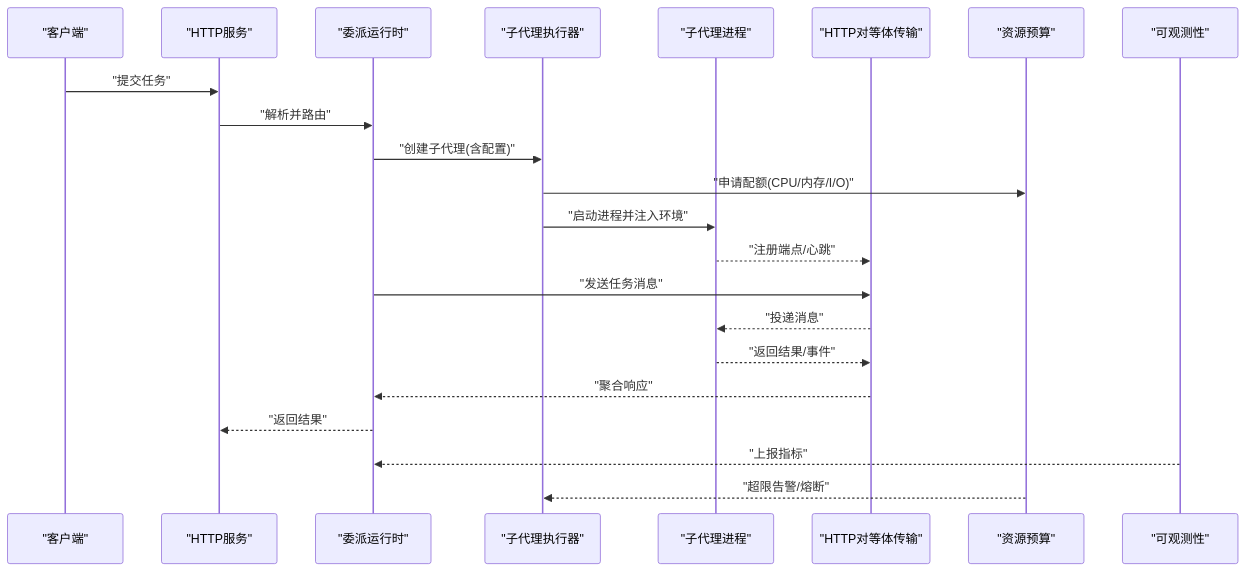
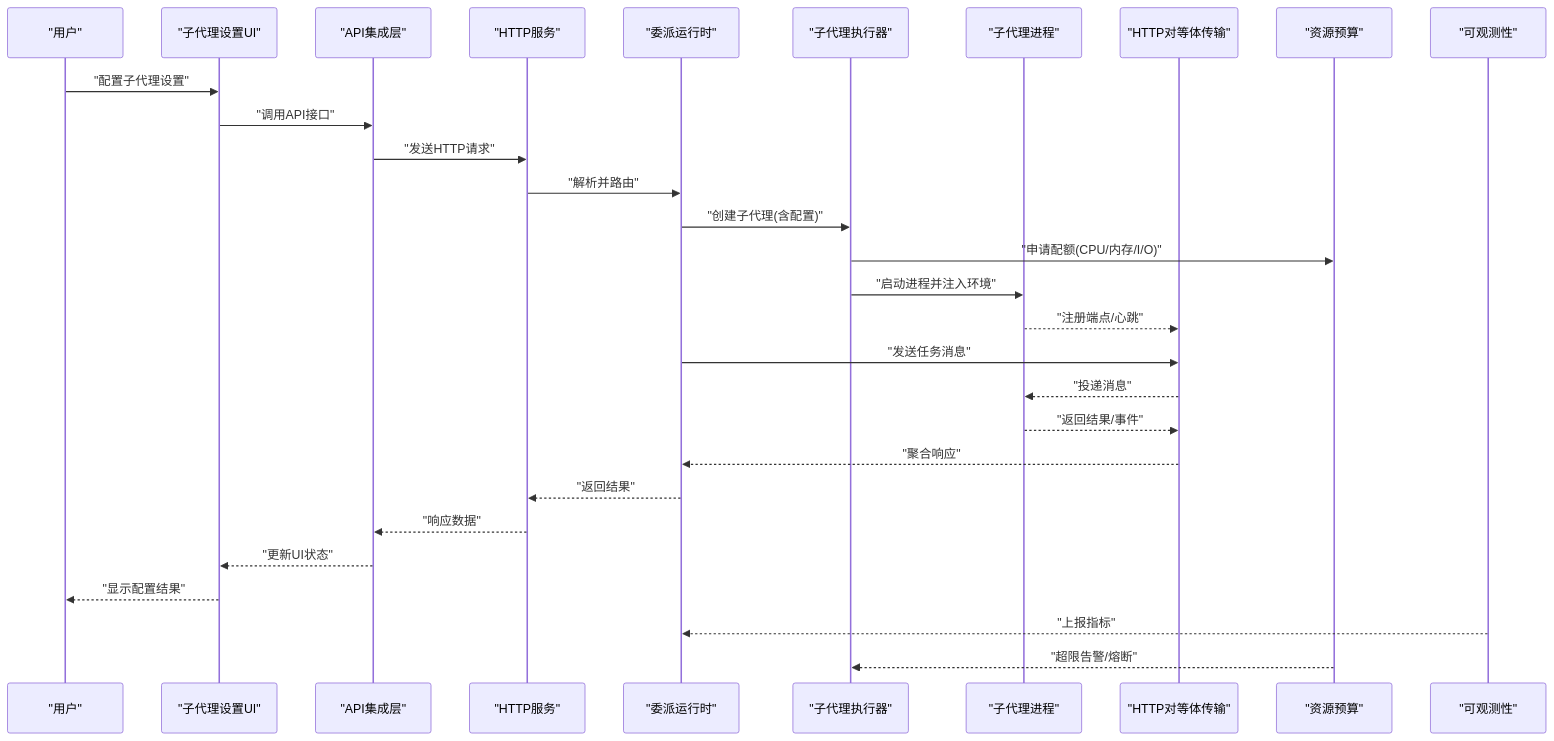
One commit to kkutysllb/KCoder changed the second of 10 diagrams in .qoder/repowiki/zh/content/任务委派/子代理管理.md. Above: the diagram before and after it, drawn with Mermaid. The commit also changed other lines of this file and 127 other files, not shown here.

````diff
--- a/.qoder/repowiki/zh/content/任务委派/子代理管理.md
+++ b/.qoder/repowiki/zh/content/任务委派/子代理管理.md
@@ -144,24 +152,31 @@
 ```mermaid
 sequenceDiagram
-participant Client as "客户端"
+participant User as "用户"
+participant SubAgentsUI as "子代理设置UI"
+participant EngineAPI as "API集成层"
 participant HTTP as "HTTP服务"
 participant Runtime as "委派运行时"
 participant Executor as "子代理执行器"
 participant Child as "子代理进程"
 participant Transport as "HTTP对等体传输"
 participant Budget as "资源预算"
 participant Metrics as "可观测性"
-Client->>HTTP : "提交任务"
+User->>SubAgentsUI : "配置子代理设置"
+SubAgentsUI->>EngineAPI : "调用API接口"
+EngineAPI->>HTTP : "发送HTTP请求"
 HTTP->>Runtime : "解析并路由"
 Runtime->>Executor : "创建子代理(含配置)"
 Executor->>Budget : "申请配额(CPU/内存/I/O)"
 Executor->>Child : "启动进程并注入环境"
 Child-->>Transport : "注册端点/心跳"
 Runtime->>Transport : "发送任务消息"
 Transport-->>Child : "投递消息"
 Child-->>Transport : "返回结果/事件"
 Transport-->>Runtime : "聚合响应"
 Runtime-->>HTTP : "返回结果"
+HTTP-->>EngineAPI : "响应数据"
+EngineAPI-->>SubAgentsUI : "更新UI状态"
+SubAgentsUI-->>User : "显示配置结果"
 Metrics-->>Runtime : "上报指标"
 Budget-->>Executor : "超限告警/熔断"
 ```
````
